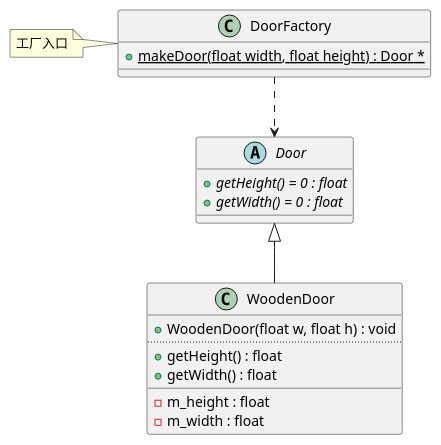
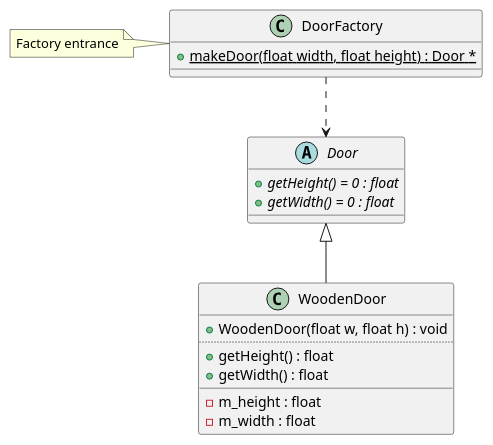
The diagram in diagrams/SimpleFactory_class.puml (haiyunduan-eaton/design-patterns-for-humans), drawn with PlantUML before and after one commit. The commit also changed 5 other files, not shown here.

```diff
--- a/diagrams/SimpleFactory_class.puml
+++ b/diagrams/SimpleFactory_class.puml
@@ -1,30 +1,30 @@
 @startuml
 abstract "Door" as C_0007051015942496422031
 abstract C_0007051015942496422031 {
 {abstract} +getHeight() = 0 : float
 {abstract} +getWidth() = 0 : float
 __
 }
 class "WoodenDoor" as C_0002250662239072155787
 class C_0002250662239072155787 {
 +WoodenDoor(float w, float h) : void
 ..
 +getHeight() : float
 +getWidth() : float
 __
 -m_height : float
 -m_width : float
 }
 class "DoorFactory" as C_0006204370604731192764
 class C_0006204370604731192764 {
 {static} +makeDoor(float width, float height) : Door *
 __
 }
 C_0007051015942496422031 <|-- C_0002250662239072155787
 
 C_0006204370604731192764 ..> C_0007051015942496422031
-note left of C_0006204370604731192764: 工厂入口
+note left of C_0006204370604731192764: Factory entrance
 
 'Generated with clang-uml, version 0.5.4-14-ga36f4ca
 'LLVM version Ubuntu clang version 14.0.0-1ubuntu1.1
 @enduml
```
